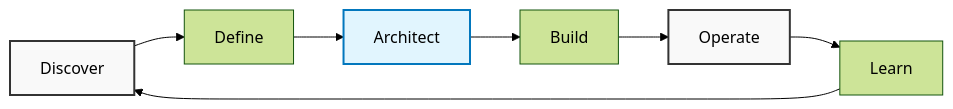
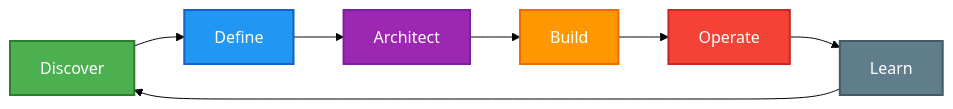
The diagram in README.md (deividnf/deividnf), drawn with Mermaid (forest theme) before and after one commit. The commit also changed other lines of this file, not shown here.

````diff
--- a/README.md
+++ b/README.md
@@ -11,12 +11,15 @@
 ```mermaid
 graph LR
     A[Discover] --> B[Define]
     B --> C[Architect]
     C --> D[Build]
     D --> E[Operate]
     E --> F[Learn]
     F --> A
-    style A fill:#f9f9f9,stroke:#333,stroke-width:2px
-    style C fill:#e1f5fe,stroke:#0277bd,stroke-width:2px
-    style E fill:#f9f9f9,stroke:#333,stroke-width:2px
+    style A fill:#4CAF50,stroke:#2E7D32,stroke-width:2px,color:white
+    style B fill:#2196F3,stroke:#1565C0,stroke-width:2px,color:white
+    style C fill:#9C27B0,stroke:#7B1FA2,stroke-width:2px,color:white
+    style D fill:#FF9800,stroke:#EF6C00,stroke-width:2px,color:white
+    style E fill:#F44336,stroke:#C62828,stroke-width:2px,color:white
+    style F fill:#607D8B,stroke:#455A64,stroke-width:2px,color:white
 ```
````
